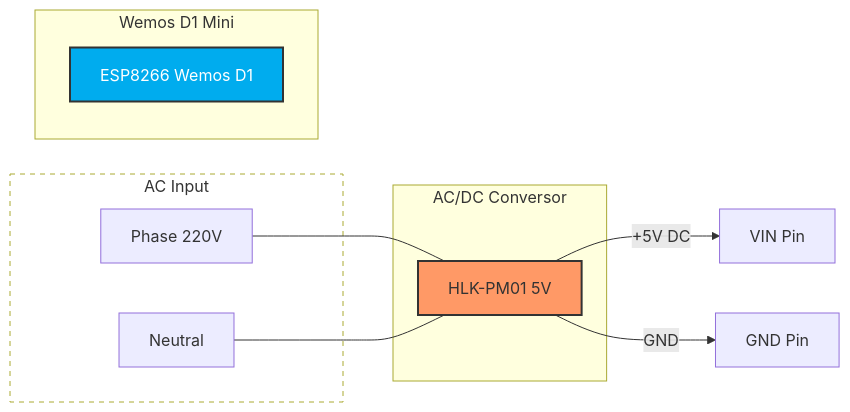
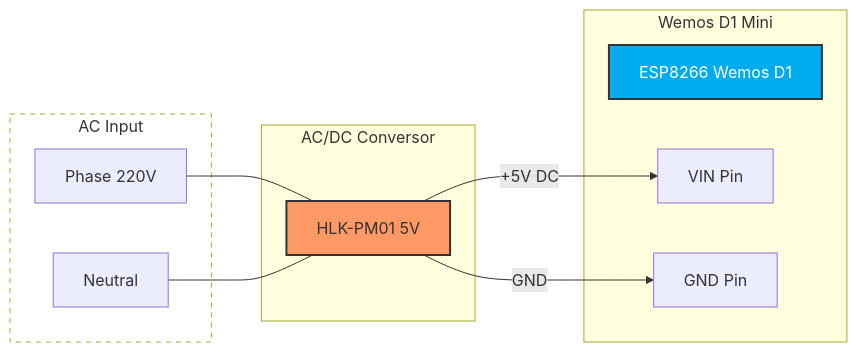
Before and after one commit to jmgk77/MQTT-Pocket-Broker: the diagram in README.md, drawn with Mermaid.

Commit message:
Add VIN and GND pins to Wemos D1 Mini section

````diff
--- a/README.md
+++ b/README.md
@@ -36,28 +36,30 @@
 ```mermaid
 graph LR
     subgraph Rede_Eletrica [AC Input]
         AC1[Phase 220V]
         AC2[Neutral]
     end
 
     subgraph Fonte [AC/DC Conversor]
         HLK[HLK-PM01 5V]
     end
 
     subgraph Microcontrolador [Wemos D1 Mini]
         Wemos[ESP8266 Wemos D1]
+        PIN_5V[VIN Pin]
+        PIN_GND[GND Pin]
     end
 
     %% Conexões AC
     AC1 --- HLK
     AC2 --- HLK
     
     %% Conexões DC
     HLK -- "+5V DC" --> PIN_5V[VIN Pin]
     HLK -- "GND" --> PIN_GND[GND Pin]
 
     %% Estilização
     style HLK fill:#f96,stroke:#333,stroke-width:2px
     style Wemos fill:#00acee,stroke:#333,color:#fff,stroke-width:2px
     style Rede_Eletrica fill:#fff,stroke-dasharray: 5 5
 ```
````
